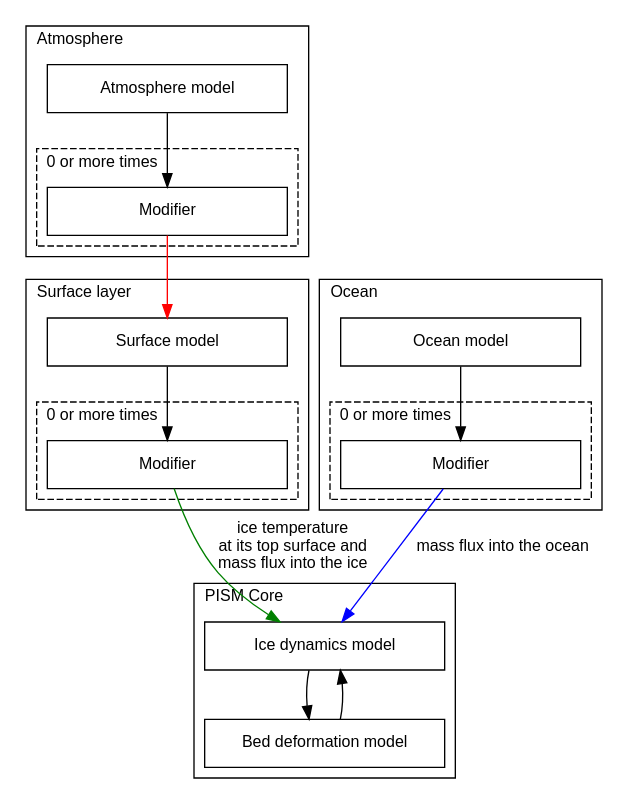
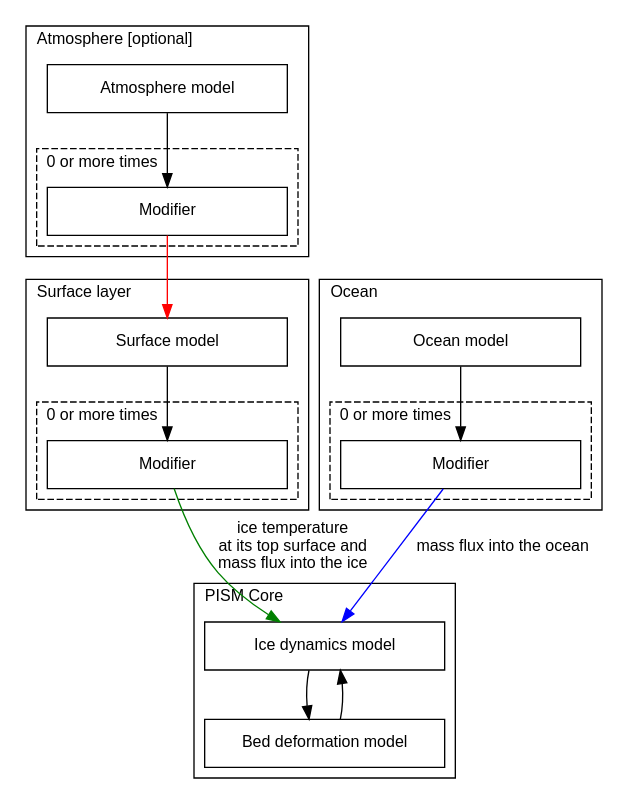
The diagram in doc/userman/figs/data-flow.dot (pism/pism), drawn with Graphviz before and after one commit. The commit also changed 3 other files, not shown here.

```diff
--- a/doc/userman/figs/data-flow.dot
+++ b/doc/userman/figs/data-flow.dot
@@ -1,64 +1,64 @@
 digraph dataflow {
     graph [fontname=Arial fontsize=12 nodesep=0.5];
     node  [fontname=Arial fontsize=12 shape=box width=2.5];
     edge  [fontname=Arial fontsize=12];
     
     subgraph cluster_atmosphere {
 	labeljust=l;
-	label="Atmosphere";
+	label="Atmosphere [optional]";
 	
 	atm [label="Atmosphere model"];
 	subgraph cluster_mod_a {
 	    labeljust=l;
 	    label="0 or more times";
 	    style=dashed;
 	    mod_a_node [label="Modifier"];
 	}
 	atm -> mod_a_node;
     }
     
     subgraph cluster_surface {
 	labeljust=l;
 	label="Surface layer";
 	surf [label="Surface model"];
 	subgraph cluster_mod_s {
 	    labeljust=l;
 	    label="0 or more times";
 	    style=dashed;
 	    mod_s_node [label="Modifier"];
 	}
 	surf->mod_s_node;
     }
     
     subgraph cluster_ocean {
 	labeljust=l;
 	label="Ocean";
 	ocean [label="Ocean model"];
 	subgraph cluster_mod_o {
 	    labeljust=l;
 	    label="0 or more times";
 	    style=dashed;
 	    mod_o_node [label="Modifier"];
 	}
 	ocean->mod_o_node;
     }
     
     subgraph cluster_pism {
 	labeljust=l;
 	label="PISM Core";
 	ice [label="Ice dynamics model" rank=min];
  	bed [label="Bed deformation model" rank=max];
 	ice -> bed;
 	bed -> ice;
 	
 	mod_a_node -> surf [color="red"];
 	/* there is a work-around at
          http://stackoverflow.com/questions/3450700/place-edge-label-on-the-other-side
        which might allow putting this label on the left side of the arrow,
        which would improve appearance; but mostly it makes me think we should
        switch to Tikz? */
 	mod_s_node -> ice [color="green" label="ice temperature\nat its top surface and\nmass flux into the ice"];
 	mod_o_node -> ice [color="blue" label="mass flux into the ocean"];
 	
     }
 }
```
